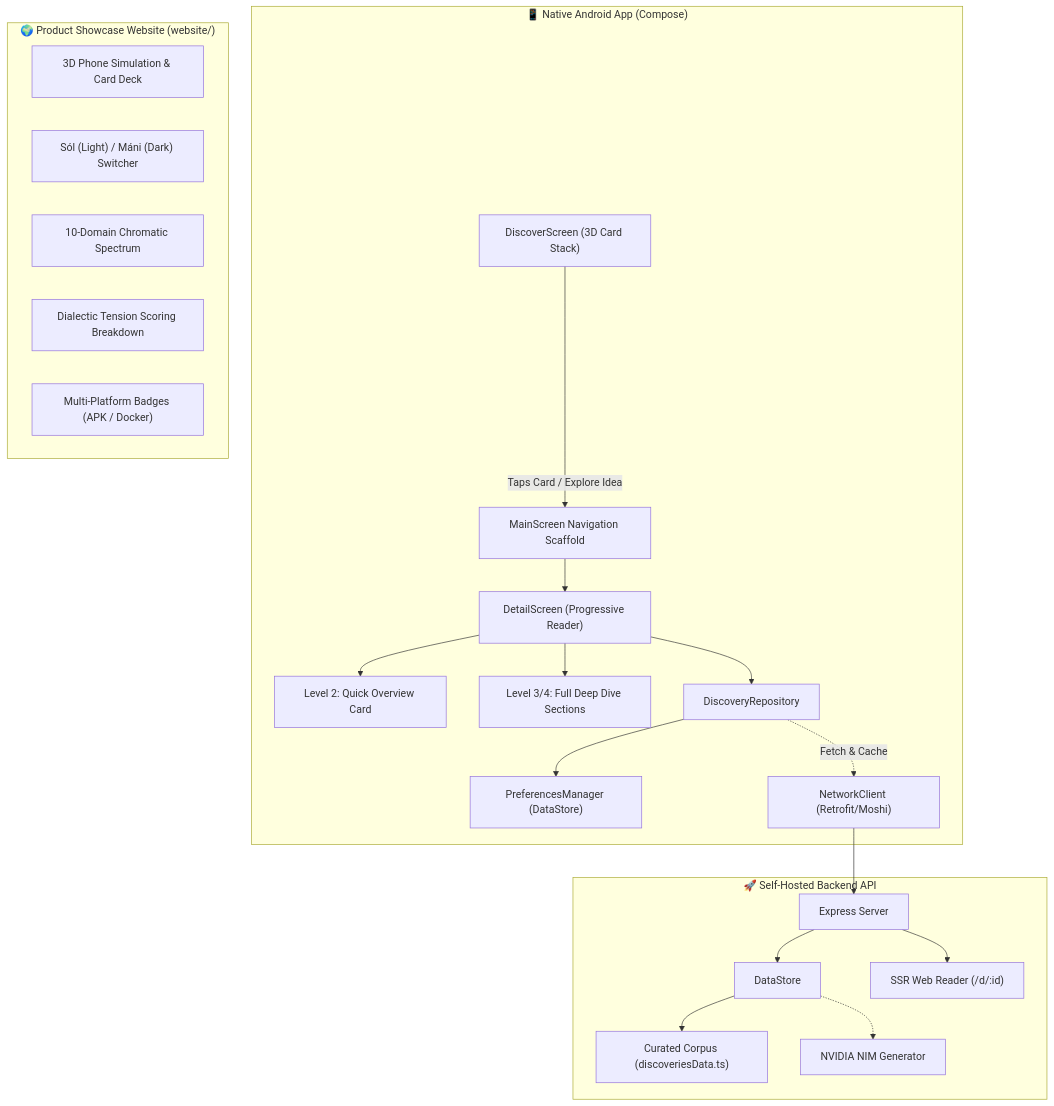
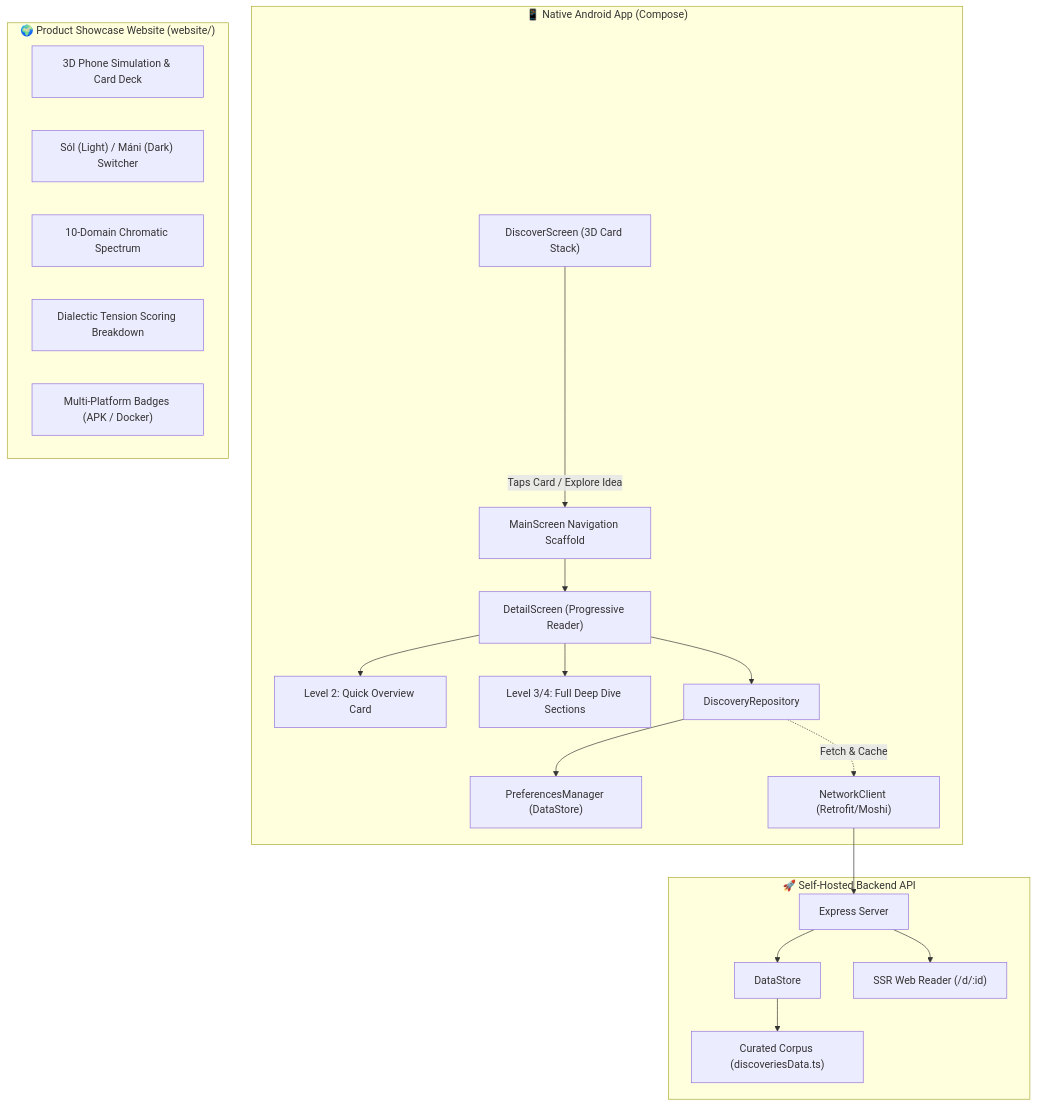
Before and after one commit to theo-odore/phils: the diagram in docs/Architecture.md, drawn with Mermaid. The commit also changed 3 other files, not shown here.

Commit message:
docs: record ponytail pruning in ADR 7, Flow.md, Architecture.md, and Rollback.md

````diff
--- a/docs/Architecture.md
+++ b/docs/Architecture.md
@@ -5,42 +5,40 @@
 ```mermaid
 graph TD
     subgraph Android["📱 Native Android App (Compose)"]
         Feed["DiscoverScreen (3D Card Stack)"]
         NavScaffold["MainScreen Navigation Scaffold"]
         Detail["DetailScreen (Progressive Reader)"]
         QuickView["Level 2: Quick Overview Card"]
         DeepDive["Level 3/4: Full Deep Dive Sections"]
         Repo["DiscoveryRepository"]
         Prefs["PreferencesManager (DataStore)"]
         NetClient["NetworkClient (Retrofit/Moshi)"]
     end
 
     subgraph Website["🌍 Product Showcase Website (website/)"]
         HeroStage["3D Phone Simulation & Card Deck"]
         ThemeEngine["Sól (Light) / Máni (Dark) Switcher"]
         PaletteGrid["10-Domain Chromatic Spectrum"]
         Telemetry["Dialectic Tension Scoring Breakdown"]
         Distro["Multi-Platform Badges (APK / Docker)"]
     end
 
     subgraph Backend["🚀 Self-Hosted Backend API"]
         API["Express Server"]
         Store["DataStore"]
         WebReader["SSR Web Reader (/d/:id)"]
         SeedDB["Curated Corpus (discoveriesData.ts)"]
-        NIM["NVIDIA NIM Generator"]
     end
 
     Feed -->|Taps Card / Explore Idea| NavScaffold
     NavScaffold --> Detail
     Detail --> QuickView
     Detail --> DeepDive
     Detail --> Repo
     Repo --> Prefs
     Repo -.->|Fetch & Cache| NetClient
     NetClient --> API
     API --> Store
     Store --> SeedDB
-    Store -.-> NIM
     API --> WebReader
 ```
````
